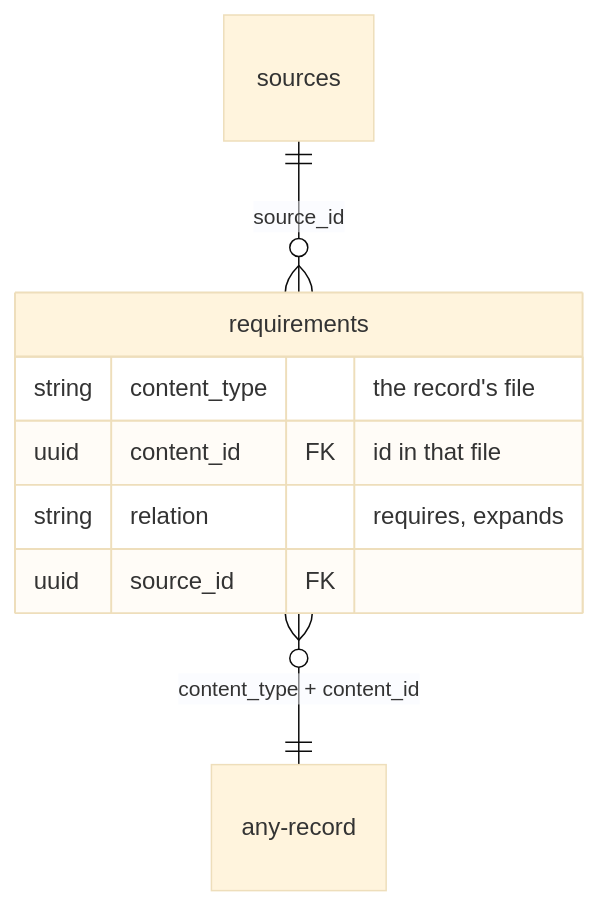
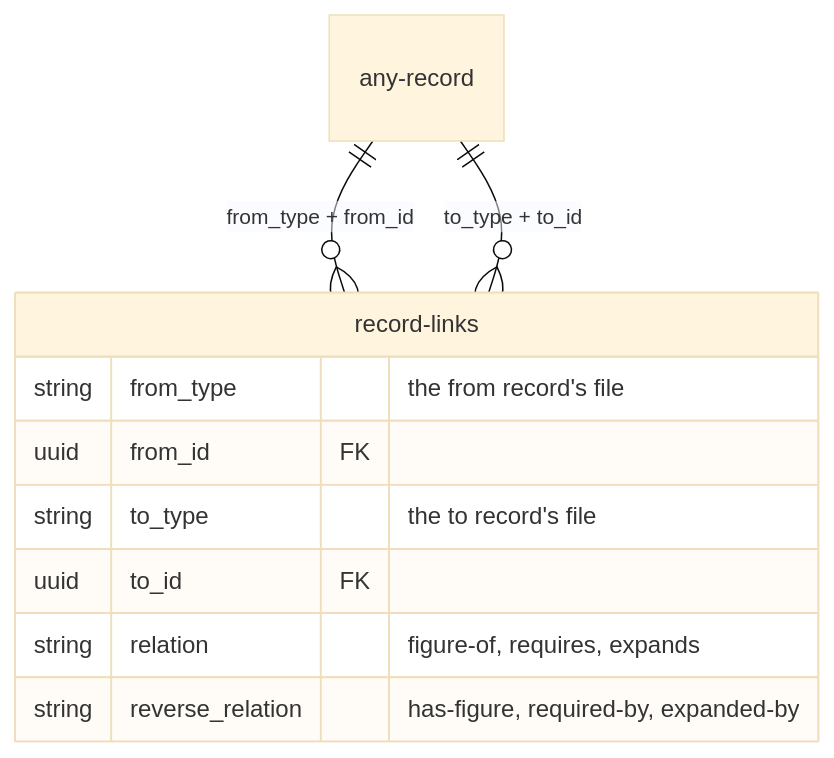
One commit to lvisintini/imperial-assault-data changed the third of 6 diagrams in docs/data-model.md. Above: the diagram before and after it, drawn with Mermaid (base theme). The commit also changed other lines of this file and 20 other files, not shown here.

````diff
--- a/docs/data-model.md
+++ b/docs/data-model.md
@@ -175,12 +217,14 @@
 ```mermaid
 erDiagram
-    sources ||--o{ requirements : "source_id"
-    requirements }o--|| any-record : "content_type + content_id"
+    any-record ||--o{ record-links : "from_type + from_id"
+    record-links }o--|| any-record : "to_type + to_id"
 
-    requirements {
-        string content_type "the record's file"
-        uuid content_id FK "id in that file"
-        string relation "requires, expands"
-        uuid source_id FK
+    record-links {
+        string from_type "the from record's file"
+        uuid from_id FK
+        string to_type "the to record's file"
+        uuid to_id FK
+        string relation "figure-of, requires, expands"
+        string reverse_relation "has-figure, required-by, expanded-by"
     }
 ```
````
